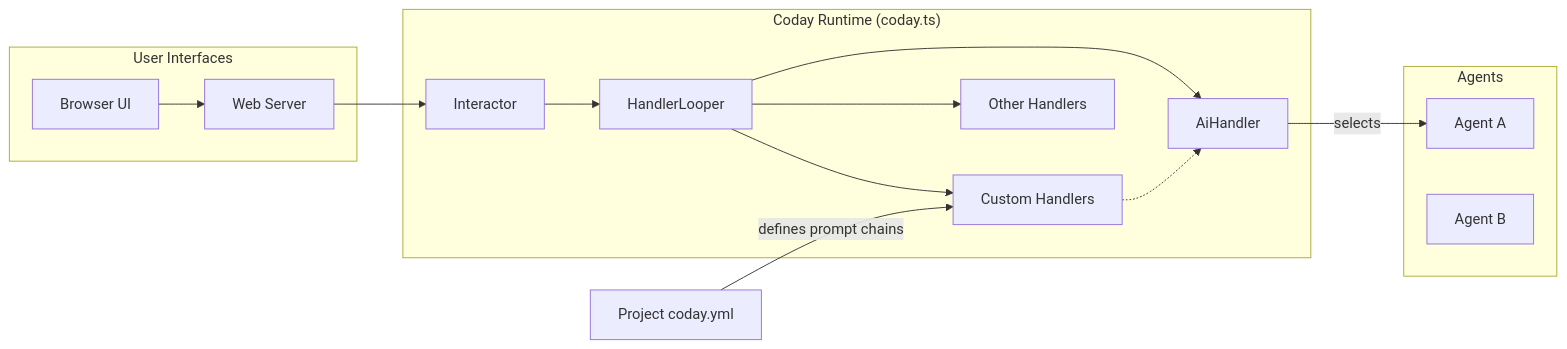
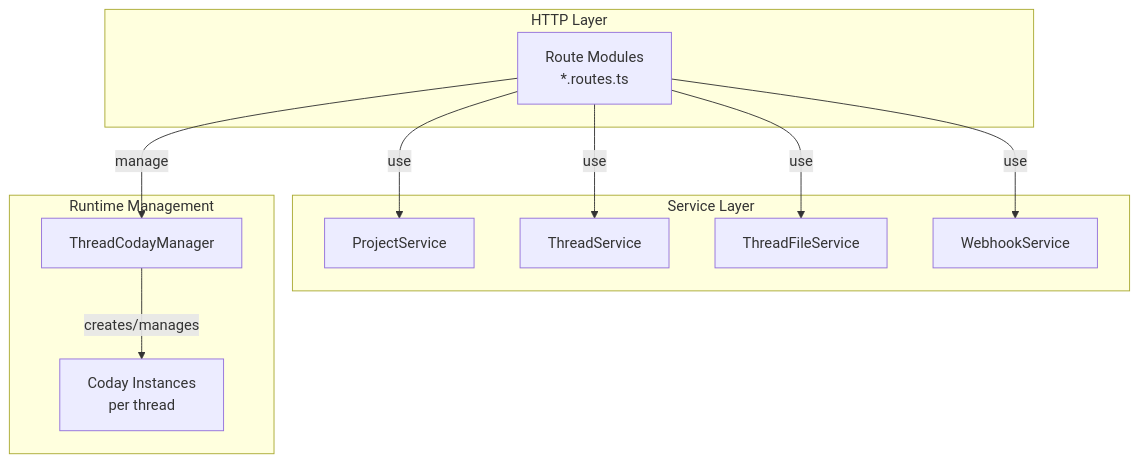
Before and after one commit to whoz-oss/coday: the second of 4 diagrams in docs/to-rework/ARCHITECTURE.md, drawn with Mermaid. The commit also changed other lines of this file, not shown here.

First line of the commit message:
docs: major ARCHITECTURE.md rewrite - current state and patterns

````diff
--- a/docs/to-rework/ARCHITECTURE.md
+++ b/docs/to-rework/ARCHITECTURE.md
@@ -68,32 +63,25 @@
 ```mermaid
-graph LR
-    subgraph "User Interfaces"
-        Browser[Browser UI]
-        WebServer[Web Server]
+graph TB
+    subgraph "HTTP Layer"
+        Routes[Route Modules<br/>*.routes.ts]
     end
-
-    subgraph "Coday Runtime (coday.ts)"
-        Interactor
-        HandlerLooper
-        AiHandler
-        CustomHandlers[Custom Handlers]
-        OtherHandlers[Other Handlers]
+    
+    subgraph "Service Layer"
+        ProjectService[ProjectService]
+        ThreadService[ThreadService]
+        ThreadFileService[ThreadFileService]
+        WebhookService[WebhookService]
     end
-
-    subgraph "Agents"
-        AgentA[Agent A]
-        AgentB[Agent B]
+    
+    subgraph "Runtime Management"
+        ThreadCodayManager[ThreadCodayManager]
+        CodayInstances[Coday Instances<br/>per thread]
     end
-
-    ProjectConfig[Project coday.yml]
-    Browser --> WebServer
-    WebServer --> Interactor
-    Interactor --> HandlerLooper
-    HandlerLooper --> AiHandler
-    HandlerLooper --> OtherHandlers
-    HandlerLooper --> CustomHandlers
-   ProjectConfig -->|defines prompt chains| CustomHandlers
-    CustomHandlers -.-> AiHandler
-    AiHandler -->|selects| AgentA
-
+    
+    Routes -->|use| ProjectService
+    Routes -->|use| ThreadService
+    Routes -->|use| ThreadFileService
+    Routes -->|use| WebhookService
+    Routes -->|manage| ThreadCodayManager
+    ThreadCodayManager -->|creates/manages| CodayInstances
 ```
````
